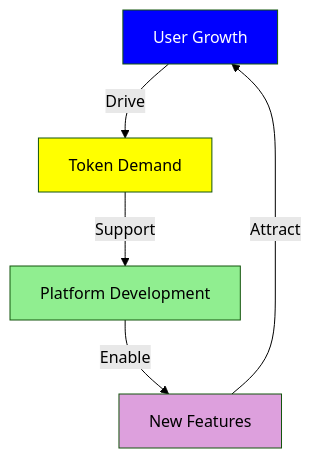
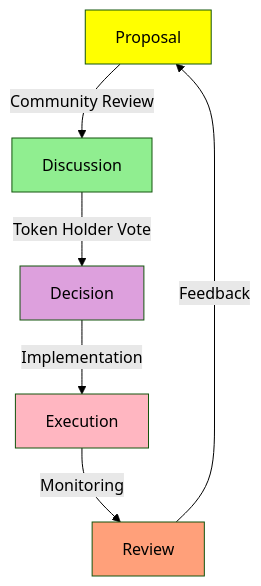
One commit to MEMEFANS/memefans changed the eighth of 8 diagrams in docs/whitepaper/token-economics.md. Above: the diagram before and after it, drawn with Mermaid (forest theme). The commit also changed other lines of this file and 32 other files, not shown here.

```diff
--- a/docs/whitepaper/token-economics.md
+++ b/docs/whitepaper/token-economics.md
@@ -466,12 +264,14 @@
 <div class="mermaid">
 graph TD
-    A[User Growth] -->|Drive| B[Token Demand]
-    B -->|Support| C[Platform Development]
-    C -->|Enable| D[New Features]
-    D -->|Attract| A
+    A[Proposal] -->|Community Review| B[Discussion]
+    B -->|Token Holder Vote| C[Decision]
+    C -->|Implementation| D[Execution]
+    D -->|Monitoring| E[Review]
+    E -->|Feedback| A
     
-    style A fill:#0000FF,color:#FFFFFF
-    style B fill:#FFFF00,color:#000000
-    style C fill:#90EE90,color:#000000
-    style D fill:#DDA0DD,color:#000000
+    style A fill:#FFFF00,color:#000000
+    style B fill:#90EE90,color:#000000
+    style C fill:#DDA0DD,color:#000000
+    style D fill:#FFB6C1,color:#000000
+    style E fill:#FFA07A,color:#000000
 </div>
```
